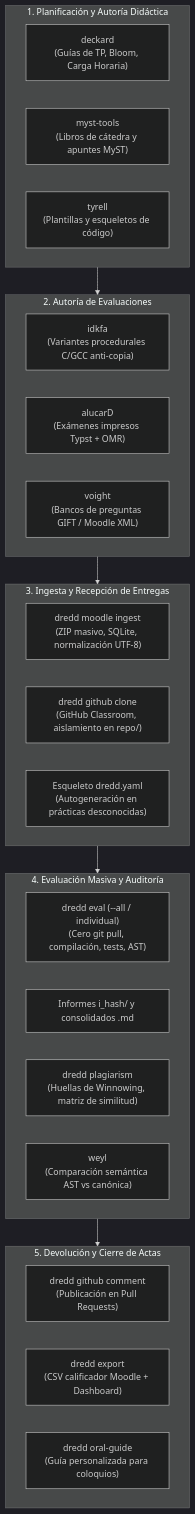
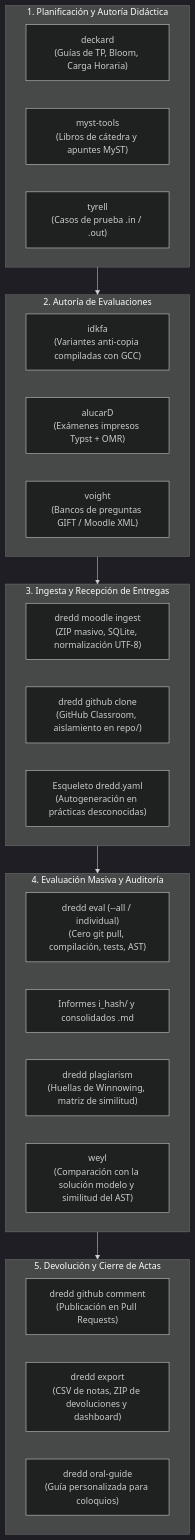
Before and after one commit to INGCOM-UNRN/manual-herramientas: the diagram in ciclo_docente/manual_integral.md, drawn with Mermaid (dark theme). The commit also changed other lines of this file, not shown here.

First line of the commit message:
docs(ciclo_docente): corregir la guía de deckard, la exportación de dredd y el diagrama

````diff
--- a/ciclo_docente/manual_integral.md
+++ b/ciclo_docente/manual_integral.md
@@ -19,38 +19,38 @@
 ```mermaid
 flowchart TD
     subgraph Planificacion["1. Planificación y Autoría Didáctica"]
         DECKARD["deckard<br/>(Guías de TP, Bloom, Carga Horaria)"]
         MYST["myst-tools<br/>(Libros de cátedra y apuntes MyST)"]
-        TYRELL["tyrell<br/>(Plantillas y esqueletos de código)"]
+        TYRELL["tyrell<br/>(Casos de prueba .in / .out)"]
     end
 
     subgraph Examenes["2. Autoría de Evaluaciones"]
-        IDKFA["idkfa<br/>(Variantes procedurales C/GCC anti-copia)"]
+        IDKFA["idkfa<br/>(Variantes anti-copia compiladas con GCC)"]
         ALUCARD["alucarD<br/>(Exámenes impresos Typst + OMR)"]
         MT["voight<br/>(Bancos de preguntas GIFT / Moodle XML)"]
     end
 
     subgraph Ingesta["3. Ingesta y Recepción de Entregas"]
         INGEST_MOODLE["dredd moodle ingest<br/>(ZIP masivo, SQLite, normalización UTF-8)"]
         INGEST_GH["dredd github clone<br/>(GitHub Classroom, aislamiento en repo/)"]
         SKELETON["Esqueleto dredd.yaml<br/>(Autogeneración en prácticas desconocidas)"]
     end
 
     subgraph Evaluacion["4. Evaluación Masiva y Auditoría"]
         EVAL["dredd eval (--all / individual)<br/>(Cero git pull, compilación, tests, AST)"]
         REPORTS["Informes i_hash/ y consolidados .md"]
         PLAGIARISM["dredd plagiarism<br/>(Huellas de Winnowing, matriz de similitud)"]
-        WEYL["weyl<br/>(Comparación semántica AST vs canónica)"]
+        WEYL["weyl<br/>(Comparación con la solución modelo y similitud del AST)"]
     end
 
     subgraph Devolucion["5. Devolución y Cierre de Actas"]
         COMMENT["dredd github comment<br/>(Publicación en Pull Requests)"]
-        EXPORT["dredd export<br/>(CSV calificador Moodle + Dashboard)"]
+        EXPORT["dredd export<br/>(CSV de notas, ZIP de devoluciones y dashboard)"]
         ORAL["dredd oral-guide<br/>(Guía personalizada para coloquios)"]
     end
 
     Planificacion --> Examenes
     Examenes --> Ingesta
     Ingesta --> Evaluacion
     Evaluacion --> Devolucion
 ```
````
